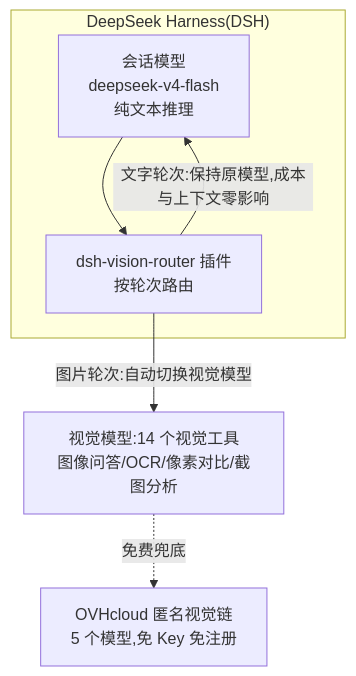
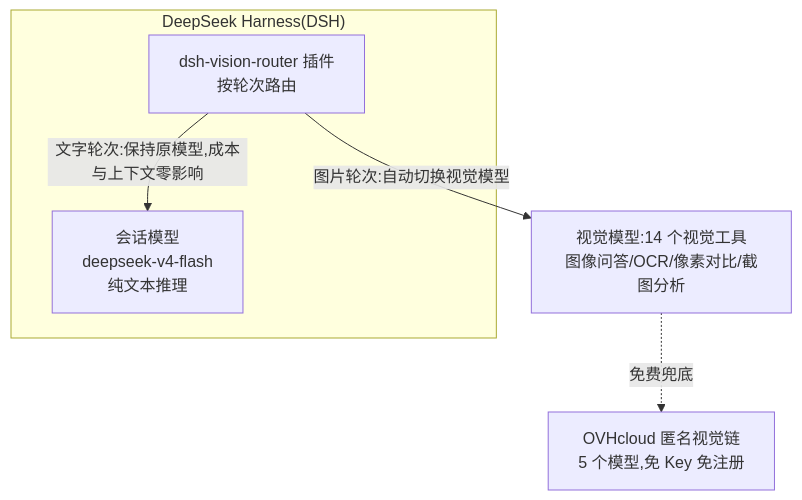
The diagram in README.md (defultljj/dsh-vision-integration), drawn with Mermaid before and after one commit. The commit also changed other lines of this file and 4 other files, not shown here.

````diff
--- a/README.md
+++ b/README.md
@@ -25,11 +25,10 @@
 ```mermaid
 flowchart TB
     subgraph DSH["DeepSeek Harness(DSH)"]
         LLM["会话模型<br/>deepseek-v4-flash<br/>纯文本推理"]
         ROUTER["dsh-vision-router 插件<br/>按轮次路由"]
     end
-    LLM --> ROUTER
     ROUTER -->|"图片轮次:自动切换视觉模型"| VISION["视觉模型:14 个视觉工具<br/>图像问答/OCR/像素对比/截图分析"]
     ROUTER -->|"文字轮次:保持原模型,成本与上下文零影响"| LLM
     VISION -.->|"免费兜底"| OVH["OVHcloud 匿名视觉链<br/>5 个模型,免 Key 免注册"]
 ```
````
